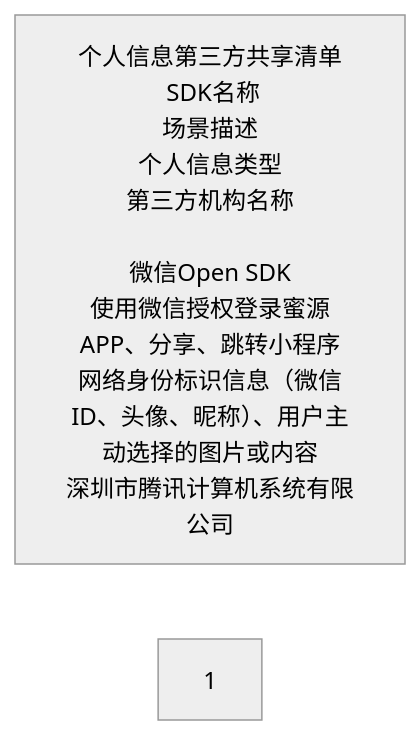
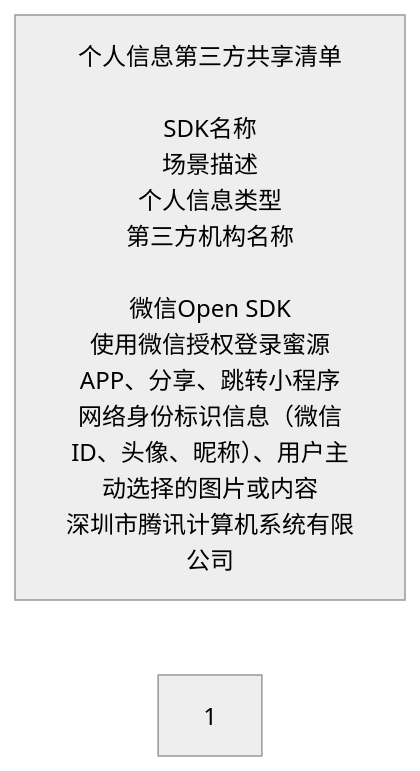
Before and after one commit to milaLIAN/iodraw-files: the diagram in all/未命名-5.md, drawn with Mermaid (neutral theme).

Commit message:
2024-05-10 17:53:06 update

````diff
--- a/all/未命名-5.md
+++ b/all/未命名-5.md
@@ -1,7 +1,7 @@
 ```mermaid
 flowchart LR
 
-id1["个人信息第三方共享清单<br> <th>SDK名称<br>场景描述<br>个人信息类型<br>第三方机构名称<br><br>微信Open SDK<br>使用微信授权登录蜜源APP、分享、跳转小程序<br>网络身份标识信息（微信ID、头像、昵称）、用户主动选择的图片或内容<br>深圳市腾讯计算机系统有限公司"]
+id1["个人信息第三方共享清单<br> <br>SDK名称<br>场景描述<br>个人信息类型<br>第三方机构名称<br><br>微信Open SDK<br>使用微信授权登录蜜源APP、分享、跳转小程序<br>网络身份标识信息（微信ID、头像、昵称）、用户主动选择的图片或内容<br>深圳市腾讯计算机系统有限公司"]
 
 id2["1"]
 ```
````
